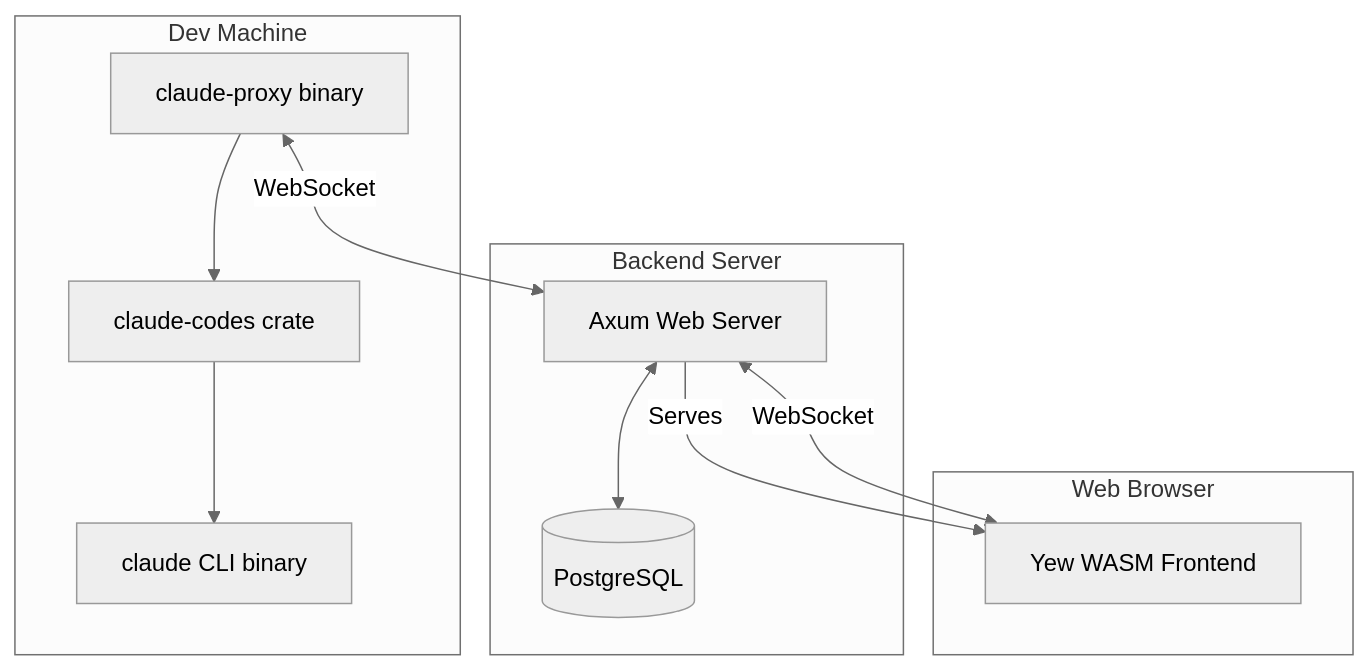
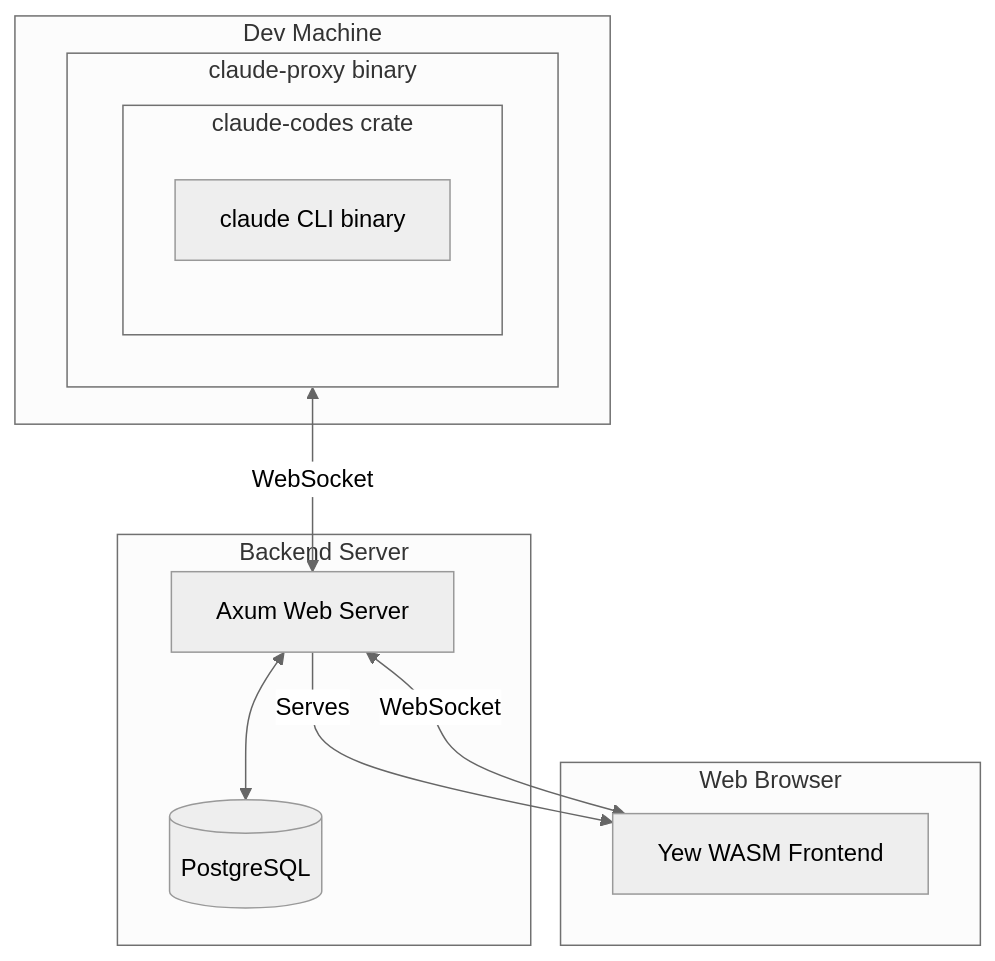
The diagram in README.md (meawoppl/cc-proxy), drawn with Mermaid (neutral theme) before and after one commit.

Commit message:
Update architecture diagram to show nested wrapping
- claude-codes crate now visually wraps claude CLI binary
- claude-proxy binary wraps claude-codes crate
- Better represents the actual code hierarchy

````diff
--- a/README.md
+++ b/README.md
@@ -37,24 +37,24 @@
 ```mermaid
 flowchart TB
     subgraph dev["Dev Machine"]
-        proxy["claude-proxy binary"]
-        codes["claude-codes crate"]
-        claude["claude CLI binary"]
-        proxy --> codes
-        codes --> claude
+        subgraph proxy["claude-proxy binary"]
+            subgraph codes["claude-codes crate"]
+                claude["claude CLI binary"]
+            end
+        end
     end
 
     subgraph server["Backend Server"]
         axum["Axum Web Server"]
         db[(PostgreSQL)]
         axum <--> db
     end
 
     subgraph browser["Web Browser"]
         yew["Yew WASM Frontend"]
     end
 
     proxy <-->|"WebSocket"| axum
     yew <-->|"WebSocket"| axum
     axum -->|"Serves"| yew
 ```
````
